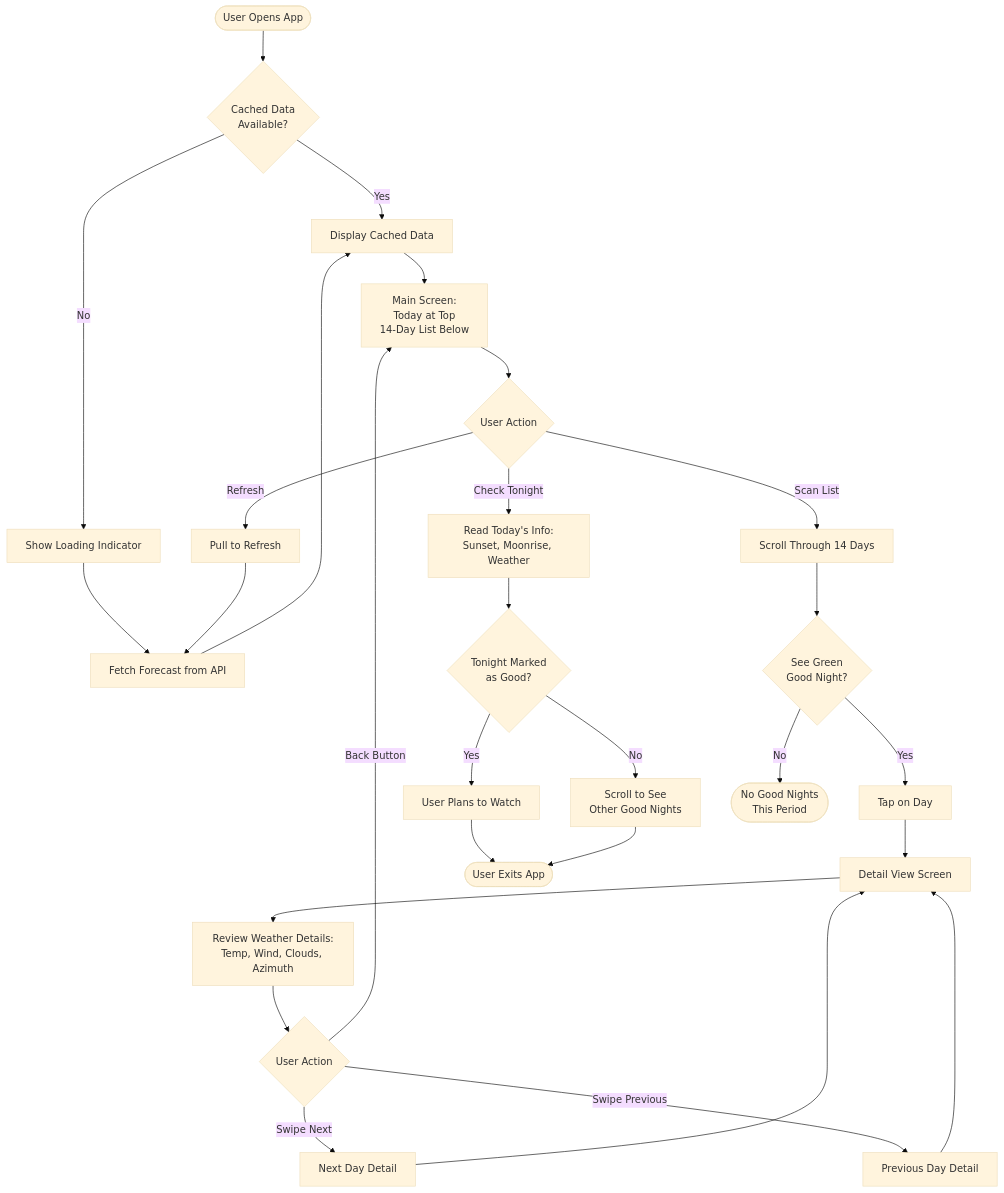
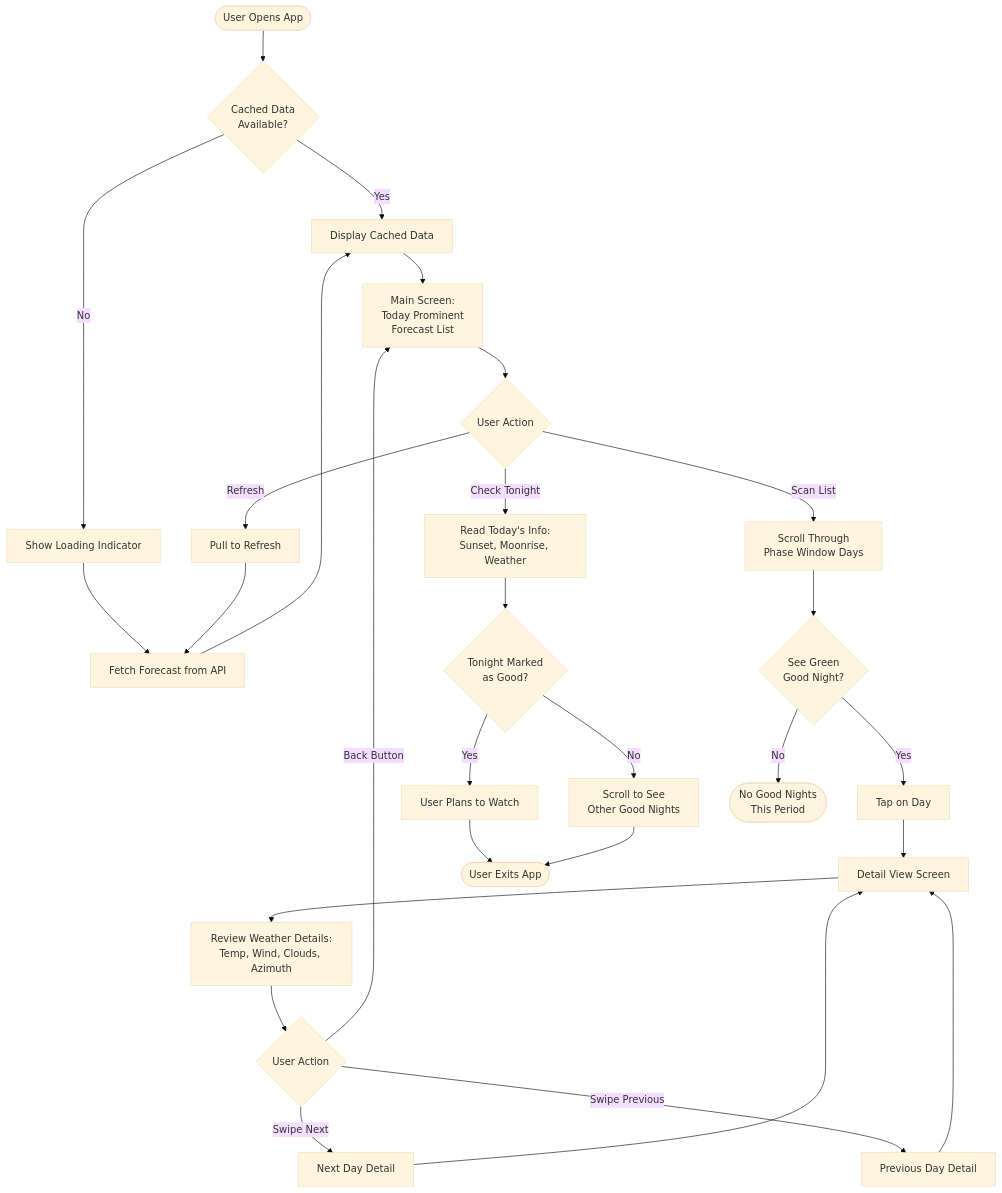
One commit to mkishine/moonrise-watcher-assistant changed the second of 8 diagrams in docs/design/user-flows/User_Flows.md. Above: the diagram before and after it, drawn with Mermaid (base theme). The commit also changed other lines of this file and 4 other files, not shown here.

First line of the commit message:
Proofread and synchronize PRD, user stories, and user flows (#2)

````diff
--- a/docs/design/user-flows/User_Flows.md
+++ b/docs/design/user-flows/User_Flows.md
@@ -68,37 +62,37 @@
 ```mermaid
 flowchart TD
     Start(["User Opens App"]) --> CheckCache{"Cached Data<br>Available?"}
     CheckCache -->|Yes| ShowCached["Display Cached Data"]
     CheckCache -->|No| Loading["Show Loading Indicator"]
     Loading --> FetchData["Fetch Forecast from API"]
     FetchData --> ShowCached
 
-    ShowCached --> MainView["Main Screen:<br>Today at Top<br>14-Day List Below"]
+    ShowCached --> MainView["Main Screen:<br>Today Prominent<br>Forecast List"]
 
     MainView --> UserAction{"User Action"}
 
     UserAction -->|Refresh| PullRefresh["Pull to Refresh"]
     PullRefresh --> FetchData
 
     UserAction -->|Check Tonight| ReadToday["Read Today's Info:<br>Sunset, Moonrise, Weather"]
     ReadToday --> TonightGood{"Tonight Marked<br>as Good?"}
     TonightGood -->|Yes| PlanWatch["User Plans to Watch"]
     TonightGood -->|No| CheckOther["Scroll to See<br>Other Good Nights"]
 
-    UserAction -->|Scan List| ScanList["Scroll Through 14 Days"]
+    UserAction -->|Scan List| ScanList["Scroll Through<br>Phase Window Days"]
     ScanList --> SpotGood{"See Green<br>Good Night?"}
     SpotGood -->|Yes| TapDay["Tap on Day"]
     SpotGood -->|No| End1(["No Good Nights<br>This Period"])
 
     TapDay --> DetailView["Detail View Screen"]
     DetailView --> CheckDetails["Review Weather Details:<br>Temp, Wind, Clouds, Azimuth"]
     CheckDetails --> BackAction{"User Action"}
     BackAction -->|Back Button| MainView
     BackAction -->|Swipe Next| NextDay["Next Day Detail"]
     BackAction -->|Swipe Previous| PrevDay["Previous Day Detail"]
     NextDay --> DetailView
     PrevDay --> DetailView
 
     PlanWatch --> End2(["User Exits App"])
     CheckOther --> End2
 ```
````
